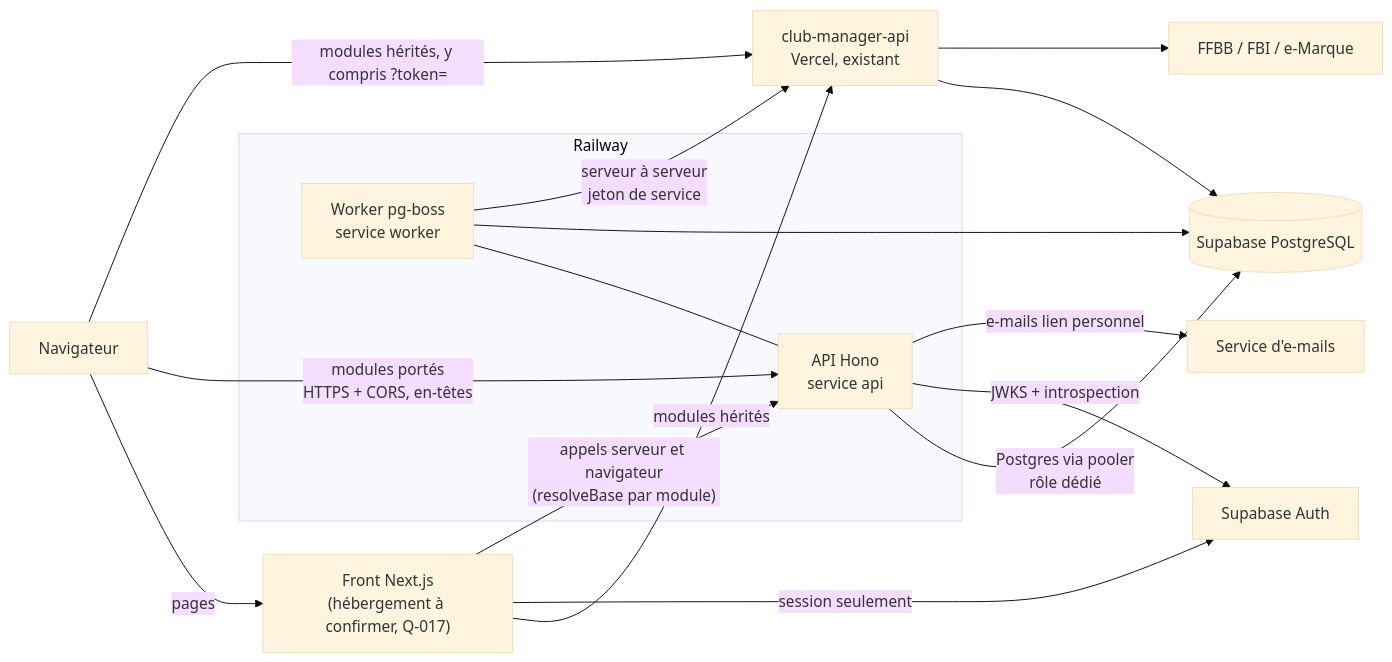
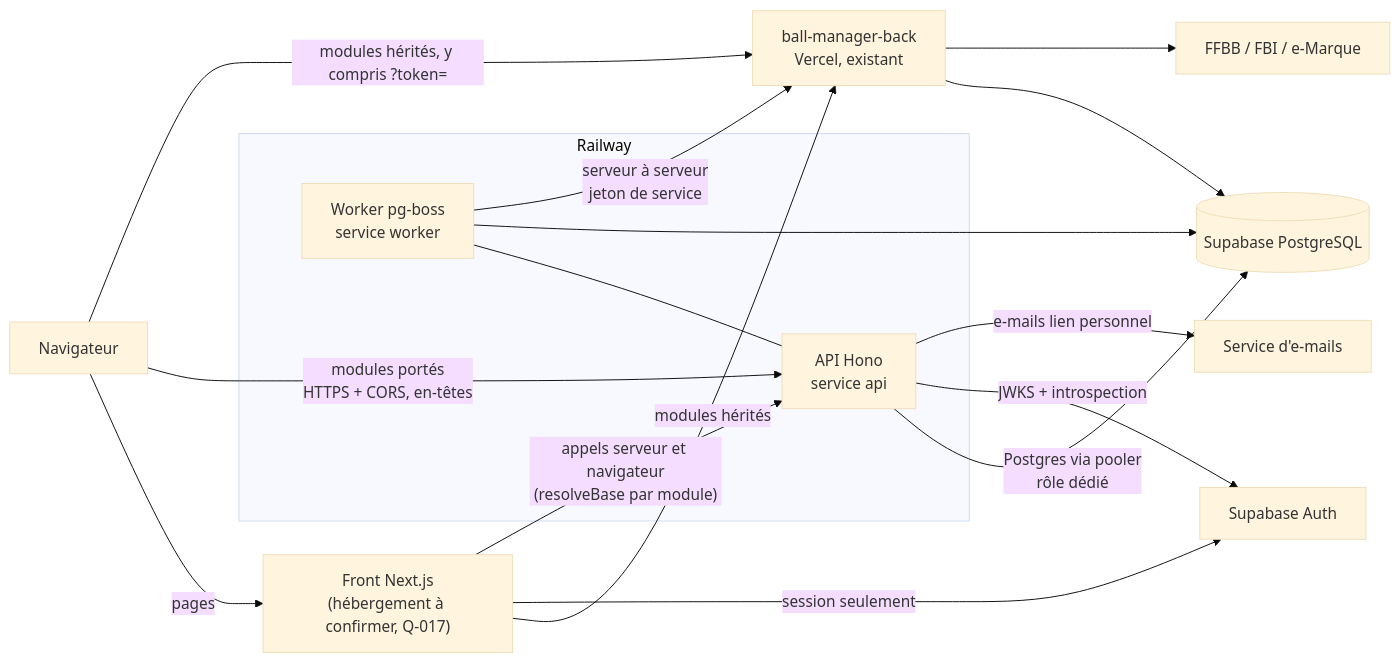
Before and after one commit to anisfut1/SCSB: the first of 6 diagrams in docs/migration/05-architecture-cible.md, drawn with Mermaid (base theme). The commit also changed other lines of this file and 125 other files, not shown here.

First line of the commit message:
chore: renommage SCSB → ball-manager-web, club-manager-api → ball-manager-back

````diff
--- a/docs/migration/05-architecture-cible.md
+++ b/docs/migration/05-architecture-cible.md
@@ -27,21 +27,21 @@
 ```mermaid
 flowchart LR
   U[Navigateur] -->|pages| F["Front Next.js<br/>(hébergement à confirmer, Q-017)"]
   F -->|"appels serveur et navigateur<br/>(resolveBase par module)"| A
   U -->|"modules portés<br/>HTTPS + CORS, en-têtes"| A
   U -->|"modules hérités, y compris ?token="| L
   F -->|modules hérités| L
   subgraph Railway
     A["API Hono<br/>service api"]
     W["Worker pg-boss<br/>service worker"] --- A
   end
-  L["club-manager-api<br/>Vercel, existant"]
+  L["ball-manager-back<br/>Vercel, existant"]
   A -->|"Postgres via pooler<br/>rôle dédié"| DB[(Supabase PostgreSQL)]
   W --> DB
   L --> DB
   F -->|"session seulement"| AUTH[Supabase Auth]
   A -->|"JWKS + introspection"| AUTH
   W -->|"serveur à serveur<br/>jeton de service"| L
   L --> EXT["FFBB / FBI / e-Marque"]
   A -->|e-mails lien personnel| MAIL[Service d'e-mails]
 ```
````
